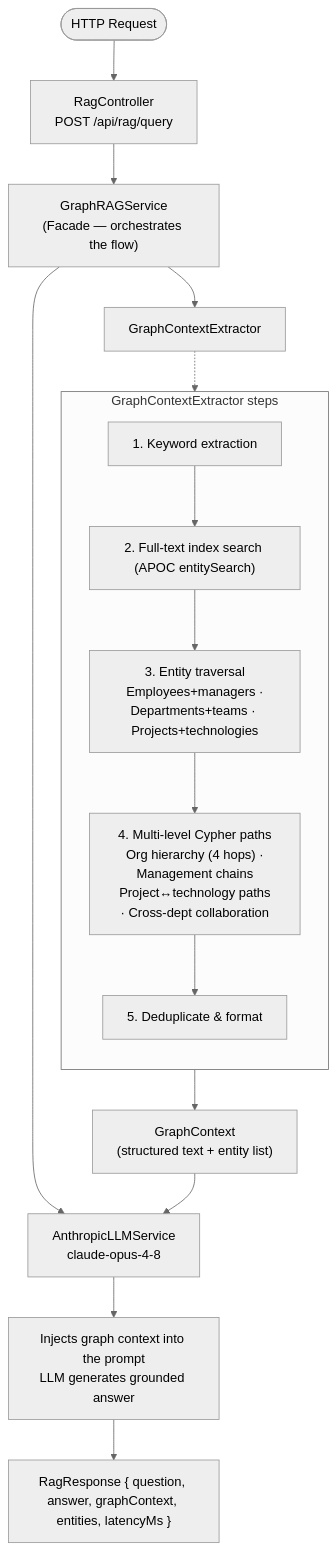
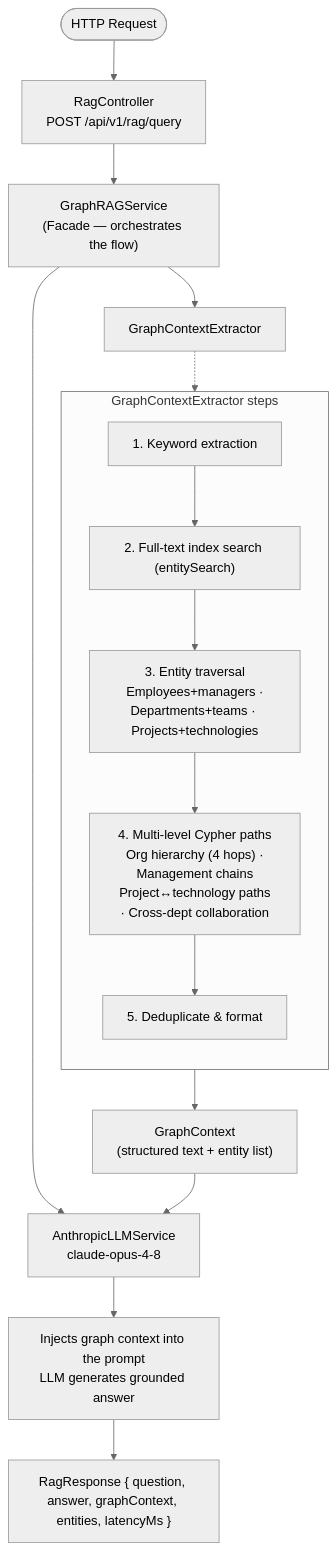
One commit to himnay/llm-rag changed the first of 3 diagrams in llm-rag-graph/README.md. Above: the diagram before and after it, drawn with Mermaid (neutral theme). The commit also changed other lines of this file and 49 other files, not shown here.

````diff
--- a/llm-rag-graph/README.md
+++ b/llm-rag-graph/README.md
@@ -54,23 +54,23 @@
 ```mermaid
 flowchart TB
-    Req(["HTTP Request"]) --> RC["RagController\nPOST /api/rag/query"]
+    Req(["HTTP Request"]) --> RC["RagController\nPOST /api/v1/rag/query"]
     RC --> Svc["GraphRAGService\n(Facade — orchestrates the flow)"]
     Svc --> Ext["GraphContextExtractor"]
     Svc --> LLMSvc["AnthropicLLMService\nclaude-opus-4-8"]
 
     subgraph EXT["GraphContextExtractor steps"]
         direction TB
         E1["1. Keyword extraction"]
-        E2["2. Full-text index search (APOC entitySearch)"]
+        E2["2. Full-text index search (entitySearch)"]
         E3["3. Entity traversal\n Employees+managers · Departments+teams · Projects+technologies"]
         E4["4. Multi-level Cypher paths\n Org hierarchy (4 hops) · Management chains\n Project↔technology paths · Cross-dept collaboration"]
         E5["5. Deduplicate & format"]
         E1 --> E2 --> E3 --> E4 --> E5
     end
     Ext -.-> EXT
 
     EXT --> Ctx["GraphContext\n(structured text + entity list)"]
     Ctx --> LLMSvc
     LLMSvc --> Gen["Injects graph context into the prompt\nLLM generates grounded answer"]
     Gen --> Resp["RagResponse { question, answer, graphContext, entities, latencyMs }"]
 ```
````
